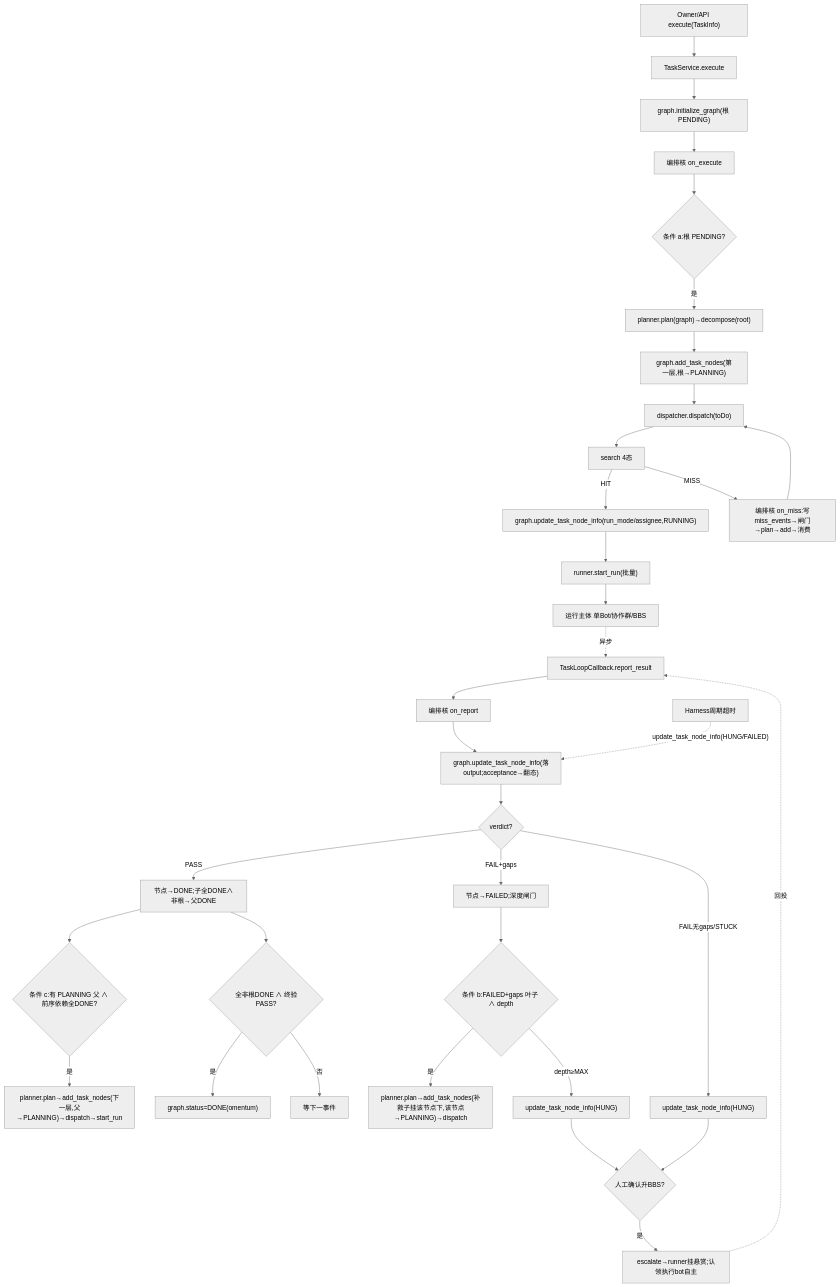
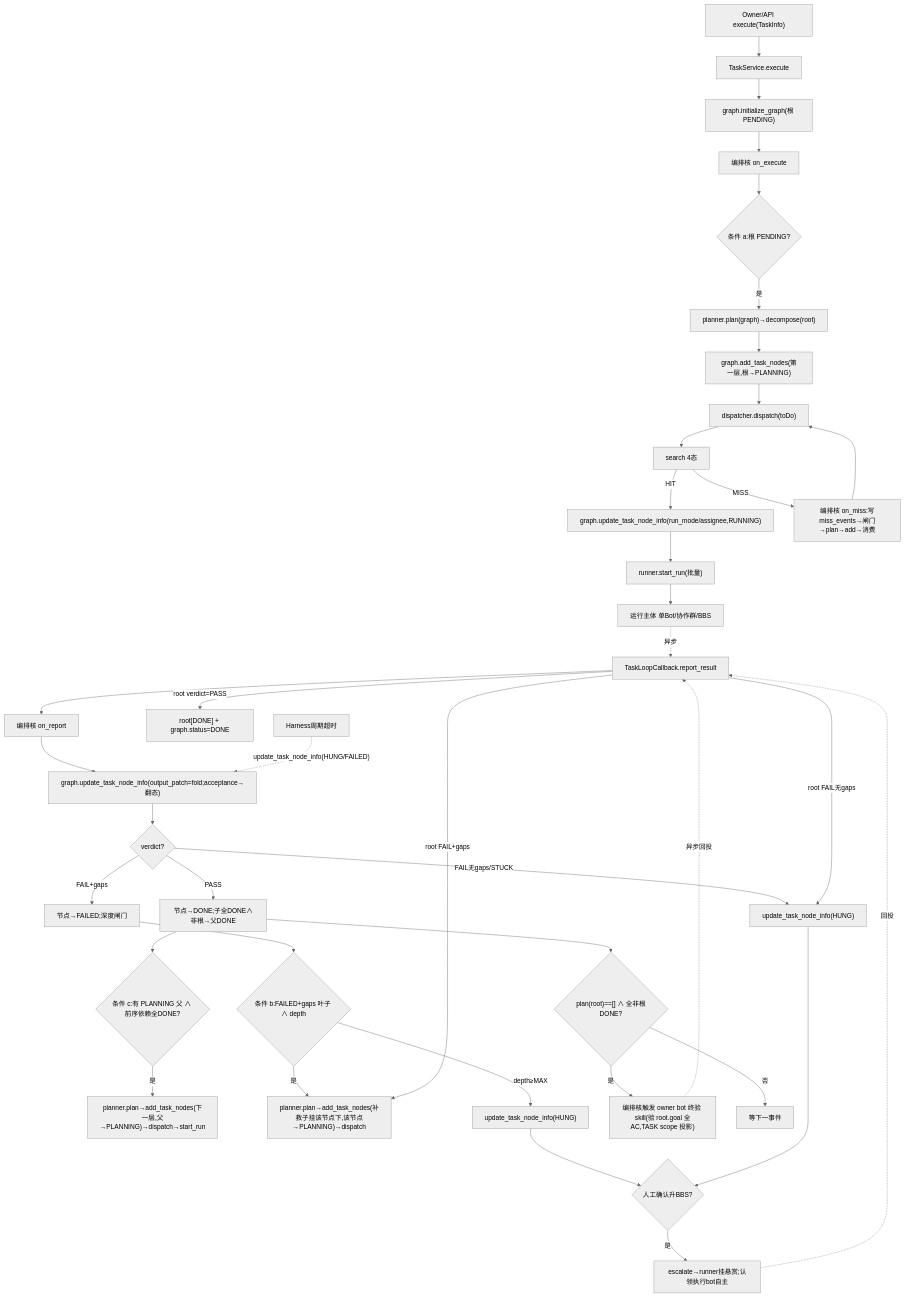
Before and after one commit to inclusionAI/Avernet: the first of 2 diagrams in specs/2026-08-09-task-goal-driven-execution-framework/plan.md, drawn with Mermaid (neutral theme). The commit also changed other lines of this file and 99 other files, not shown here.

First line of the commit message:
refactor(task): replace community/task with goal-driven task_goal_driven module

````diff
--- a/specs/2026-08-09-task-goal-driven-execution-framework/plan.md
+++ b/specs/2026-08-09-task-goal-driven-execution-framework/plan.md
@@ -420,36 +413,40 @@
 ```mermaid
 flowchart TD
     ExecEvt["Owner/API execute(TaskInfo)"] --> TS["TaskService.execute"]
     TS --> IG["graph.initialize_graph(根 PENDING)"]
     IG --> ORC1["编排核 on_execute"]
     ORC1 --> CONDA{"条件 a:根 PENDING?"}
     CONDA -- 是 --> PLAN1["planner.plan(graph)→decompose(root)"]
     PLAN1 --> ADD1["graph.add_task_nodes(第一层,根→PLANNING)"]
     ADD1 --> DISP["dispatcher.dispatch(toDo)"]
     DISP --> SEARCH["search 4态"]
     SEARCH -- HIT --> PATCH1["graph.update_task_node_info(run_mode/assignee,RUNNING)"]
     SEARCH -- MISS --> MISS["编排核 on_miss:写miss_events→闸门→plan→add→消费"]
     MISS --> DISP
     PATCH1 --> RUN["runner.start_run(批量)"]
     RUN --> X["运行主体 单Bot/协作群/BBS"]
     X -.异步.-> CB["TaskLoopCallback.report_result"]
     CB --> ORC2["编排核 on_report"]
-    ORC2 --> PATCH2["graph.update_task_node_info(落output;acceptance→翻态)"]
+    ORC2 --> PATCH2["graph.update_task_node_info(output_patch=fold;acceptance→翻态)"]
     PATCH2 --> VERDICT{"verdict?"}
     VERDICT -- "PASS" --> DONE1["节点→DONE;子全DONE∧非根→父DONE"]
     DONE1 --> CONDC{"条件 c:有 PLANNING 父 ∧ 前序依赖全DONE?"}
     CONDC -- 是 --> PLAN2["planner.plan→add_task_nodes(下一层,父→PLANNING)→dispatch→start_run"]
     VERDICT -- "FAIL+gaps" --> FAIL1["节点→FAILED;深度闸门"]
     FAIL1 --> CONDB{"条件 b:FAILED+gaps 叶子 ∧ depth<MAX?"}
     CONDB -- 是 --> PLAN3["planner.plan→add_task_nodes(补救子挂该节点下,该节点→PLANNING)→dispatch"]
     CONDB -- "depth≥MAX" --> HUNG1["update_task_node_info(HUNG)"]
     VERDICT -- "FAIL无gaps/STUCK" --> HUNG2["update_task_node_info(HUNG)"]
     HUNG1 --> BBSGATE{"人工确认升BBS?"}
     HUNG2 --> BBSGATE
     BBSGATE -- 是 --> BBS["escalate→runner挂悬赏;认领执行bot自主"]
     BBS -.回投.-> CB
-    DONE1 --> FINAL{"全非根DONE ∧ 终验PASS?"}
-    FINAL -- 是 --> ENDDONE["graph.status=DONE(omentum)"]
+    DONE1 --> FINAL{"plan(root)==[] ∧ 全非根DONE?"}
+    FINAL -- 是 --> VERIFY["编排核触发 owner bot 终验 skill(验 root.goal 全AC,TASK scope 投影)"]
+    VERIFY -.异步回投.-> CB
     FINAL -- 否 --> WAIT["等下一事件"]
+    CB -- "root verdict=PASS" --> ENDDONE["root[DONE] + graph.status=DONE"]
+    CB -- "root FAIL+gaps" --> PLAN3
+    CB -- "root FAIL无gaps" --> HUNG2
     HarnessEvt["Harness周期超时"] -.->|"update_task_node_info(HUNG/FAILED)"| PATCH2
 ```
````
